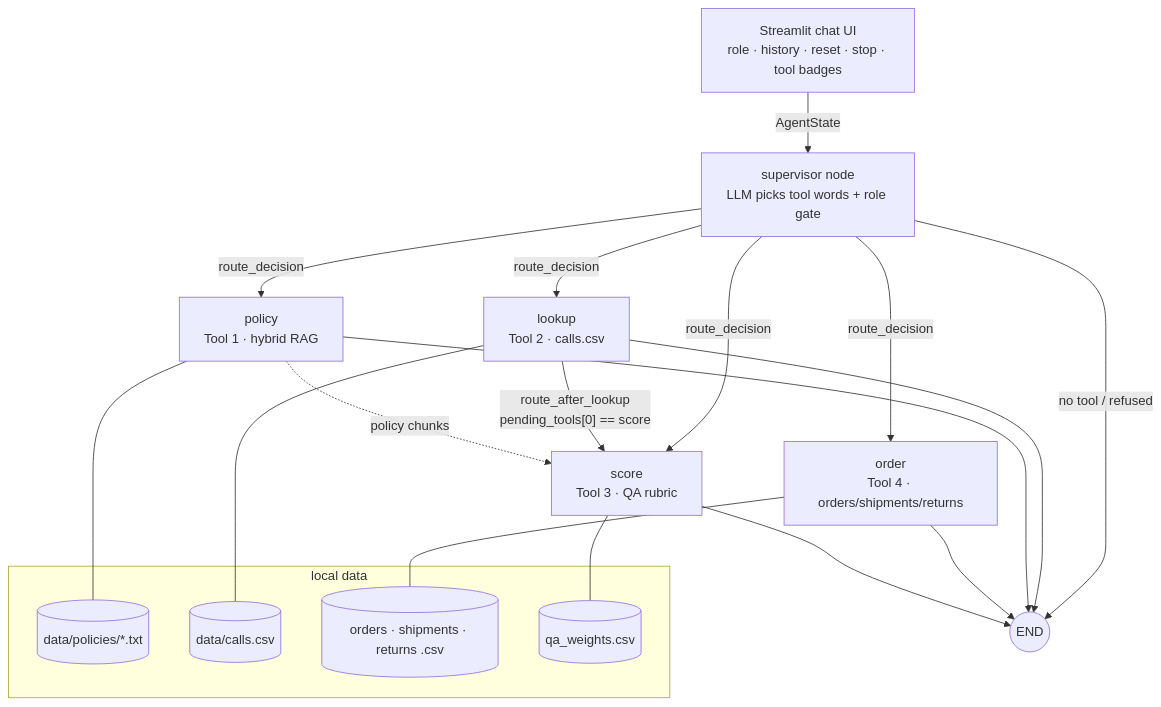
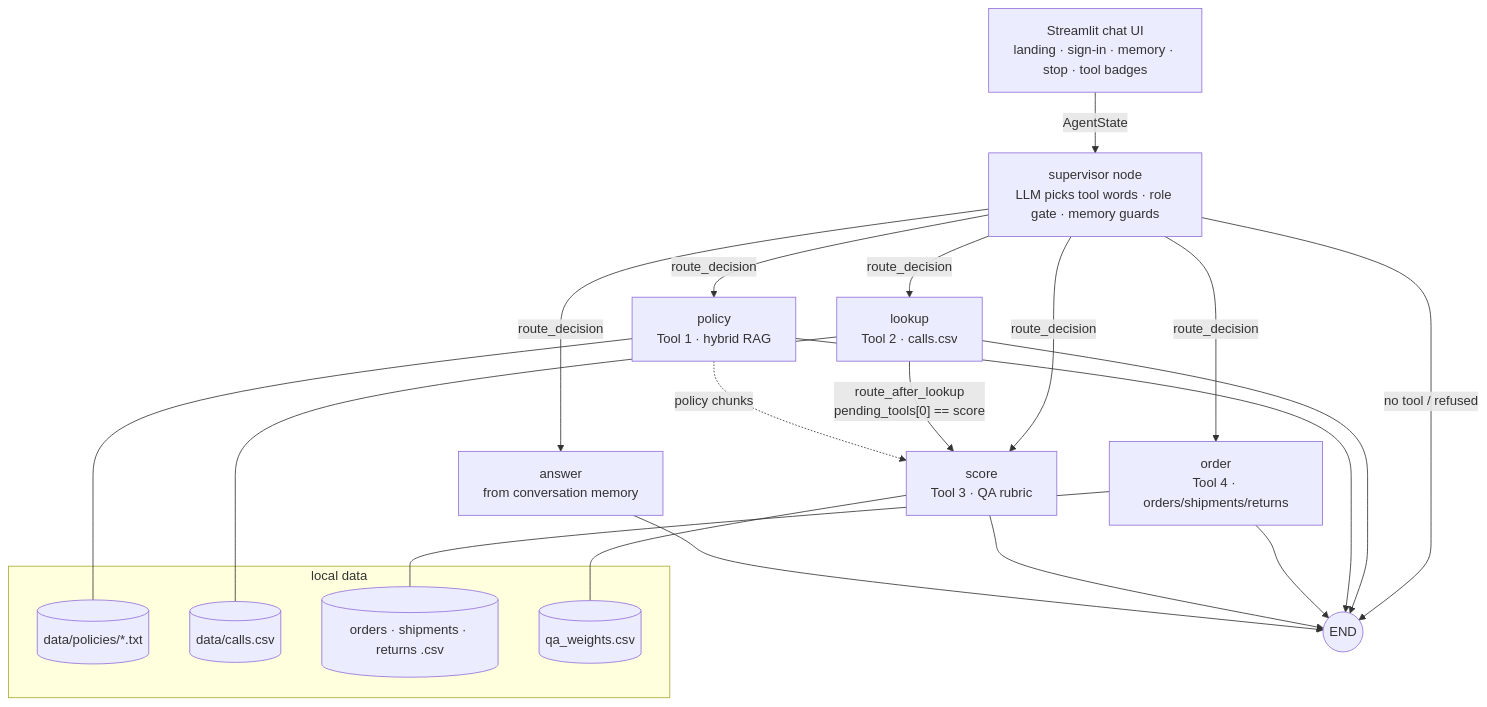
One commit to Ankitsingh1709/llm_projects changed the diagram in Call-Desk-Agent/README.md. Above: the diagram before and after it, drawn with Mermaid. The commit also changed other lines of this file and 11 other files, not shown here.

First line of the commit message:
Call-Desk-Agent: landing page + supervisor sign-in, conversation memory, README rewrite

````diff
--- a/Call-Desk-Agent/README.md
+++ b/Call-Desk-Agent/README.md
@@ -42,26 +59,28 @@
 ```mermaid
 flowchart TD
-    UI[Streamlit chat UI<br/>role · history · reset · stop · tool badges] -->|AgentState| SUP
-    SUP[supervisor node<br/>LLM picks tool words + role gate]
+    UI[Streamlit chat UI<br/>landing · sign-in · memory · stop · tool badges] -->|AgentState| SUP
+    SUP[supervisor node<br/>LLM picks tool words · role gate · memory guards]
     SUP -->|route_decision| P[policy<br/>Tool 1 · hybrid RAG]
     SUP -->|route_decision| L[lookup<br/>Tool 2 · calls.csv]
     SUP -->|route_decision| O[order<br/>Tool 4 · orders/shipments/returns]
     SUP -->|route_decision| S[score<br/>Tool 3 · QA rubric]
+    SUP -->|route_decision| A[answer<br/>from conversation memory]
     SUP -->|no tool / refused| E((END))
     L -->|"route_after_lookup<br/>pending_tools[0] == score"| S
     L --> E
     P --> E
     O --> E
     S --> E
+    A --> E
     P -.->|policy chunks| S
     subgraph Data [local data]
         POL[(data/policies/*.txt)]
         CALLS[(data/calls.csv)]
         ORD[(orders · shipments · returns .csv)]
         W[(qa_weights.csv)]
     end
     P --- POL
     L --- CALLS
     O --- ORD
     S --- W
 ```
````
